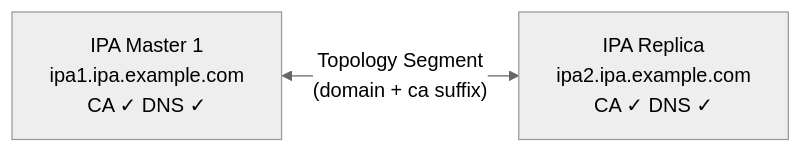
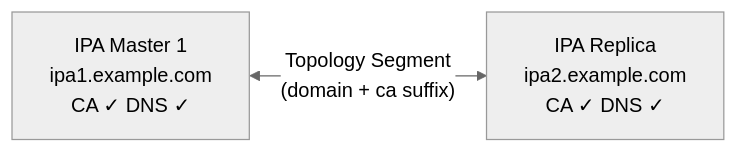
The third of 15 diagrams in 12_replication_topology.md (UncleJS/course_FreeIPA), drawn with Mermaid (neutral theme) before and after one commit. The commit also changed other lines of this file and 22 other files, not shown here.

````diff
--- a/12_replication_topology.md
+++ b/12_replication_topology.md
@@ -83,6 +83,6 @@
 ```mermaid
 graph LR
-    R1["IPA Master 1<br/>ipa1.ipa.example.com<br/>CA ✓ DNS ✓"]
-    R2["IPA Replica<br/>ipa2.ipa.example.com<br/>CA ✓ DNS ✓"]
+    R1["IPA Master 1<br/>ipa1.example.com<br/>CA ✓ DNS ✓"]
+    R2["IPA Replica<br/>ipa2.example.com<br/>CA ✓ DNS ✓"]
     R1 <-->|"Topology Segment<br/>(domain + ca suffix)"| R2
 ```
````
